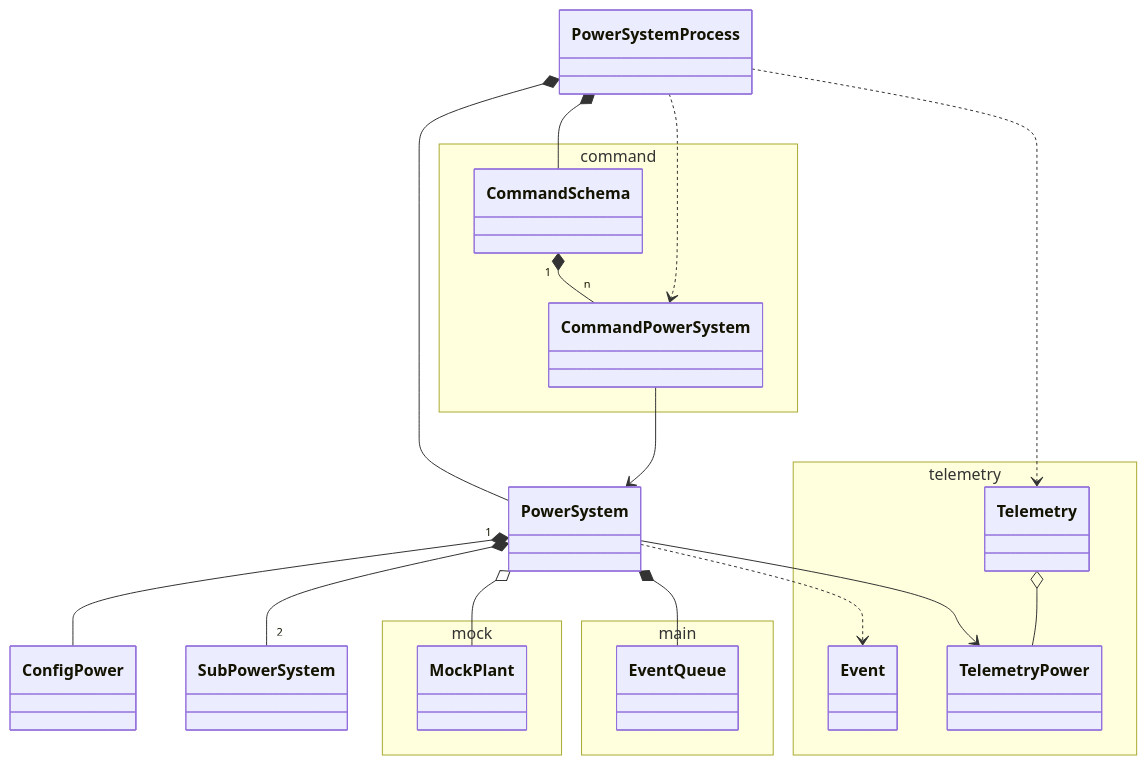
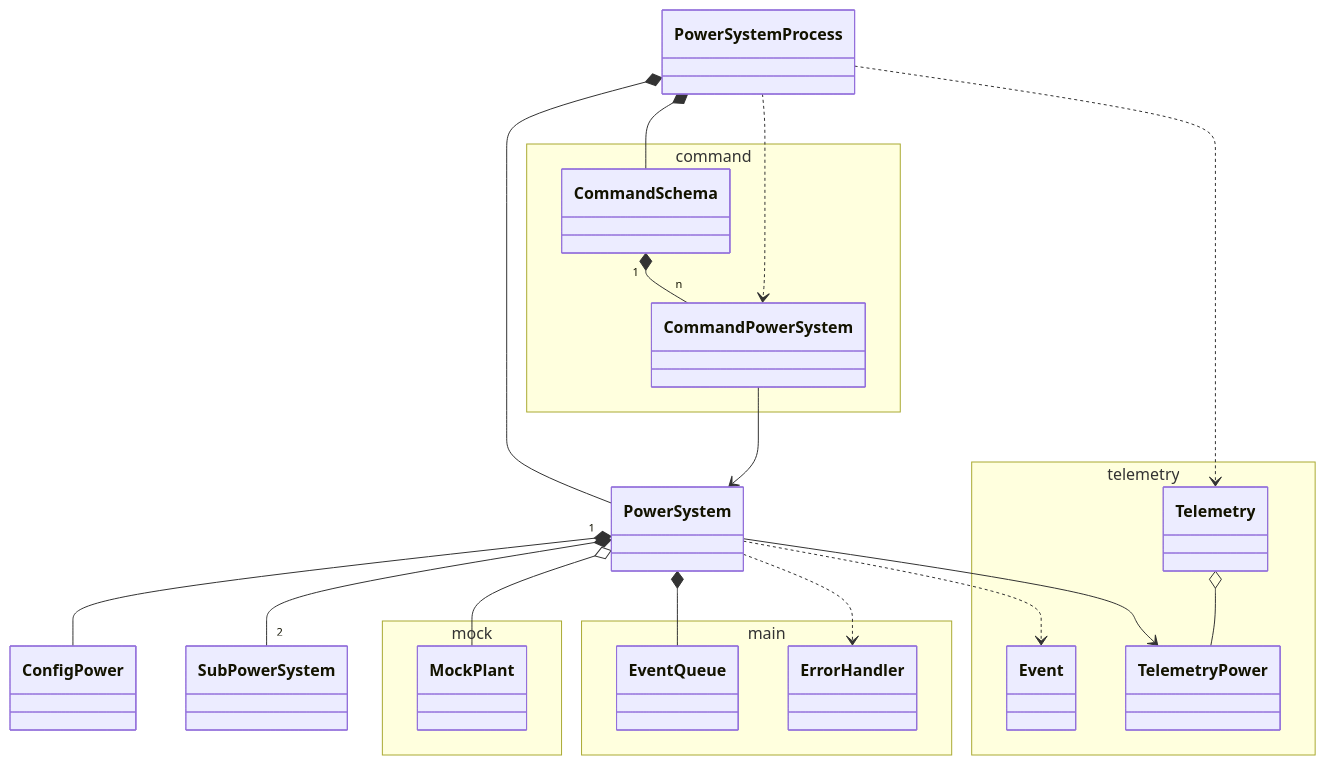
One commit to lsst-ts/ts_mtm2_controller changed the second of 7 diagrams in doc/class_diagram.md. Above: the diagram before and after it, drawn with Mermaid. The commit also changed 1 other file, not shown here.

Commit message:
Update the documents.

````diff
--- a/doc/class_diagram.md
+++ b/doc/class_diagram.md
@@ -94,40 +94,42 @@
 ```mermaid
 classDiagram
 
 namespace main {
   class EventQueue
+  class ErrorHandler
 }
 
 namespace mock {
   class MockPlant
 }
 
 namespace telemetry {
   class Event
   class Telemetry
   class TelemetryPower
 }
 
 Telemetry o-- TelemetryPower
 
 namespace command {
   class CommandSchema
   class CommandPowerSystem
 }
 
 CommandSchema "1" *-- "n" CommandPowerSystem
 
 PowerSystemProcess *-- PowerSystem
 PowerSystemProcess *-- CommandSchema
 PowerSystemProcess ..> CommandPowerSystem
 PowerSystemProcess ..> Telemetry
 
 CommandPowerSystem --> PowerSystem
 
 PowerSystem *-- ConfigPower
 PowerSystem "1" *-- "2" SubPowerSystem
 PowerSystem o-- MockPlant
 PowerSystem *-- EventQueue
 PowerSystem ..> Event
 PowerSystem --> TelemetryPower
+PowerSystem ..> ErrorHandler
 ```
````
